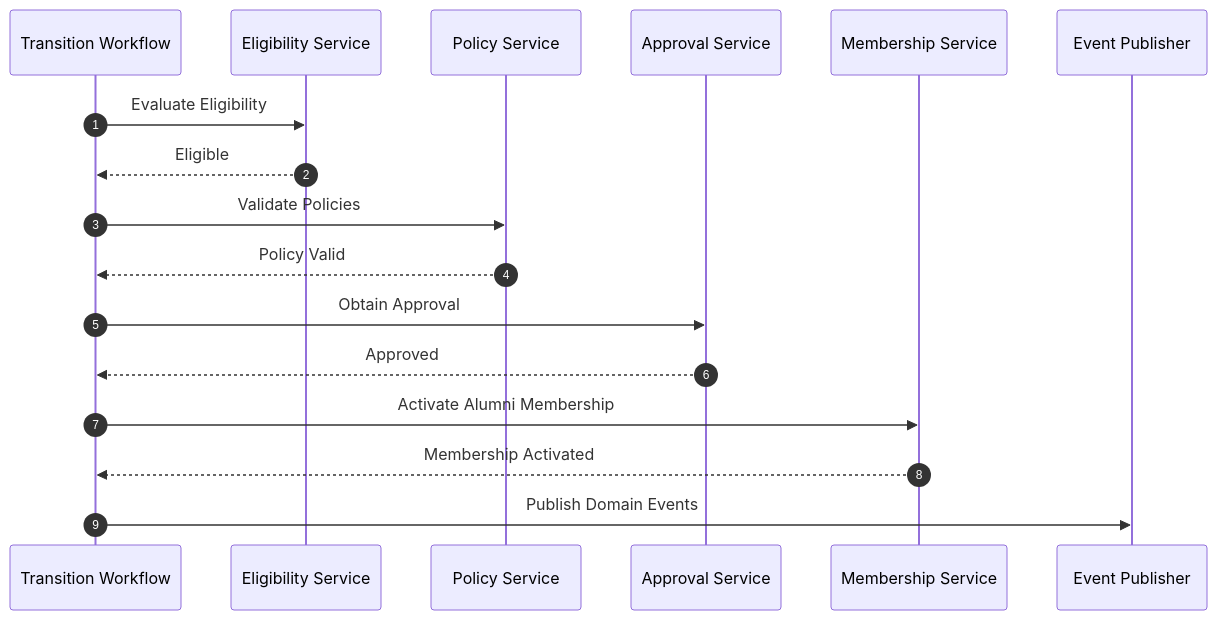
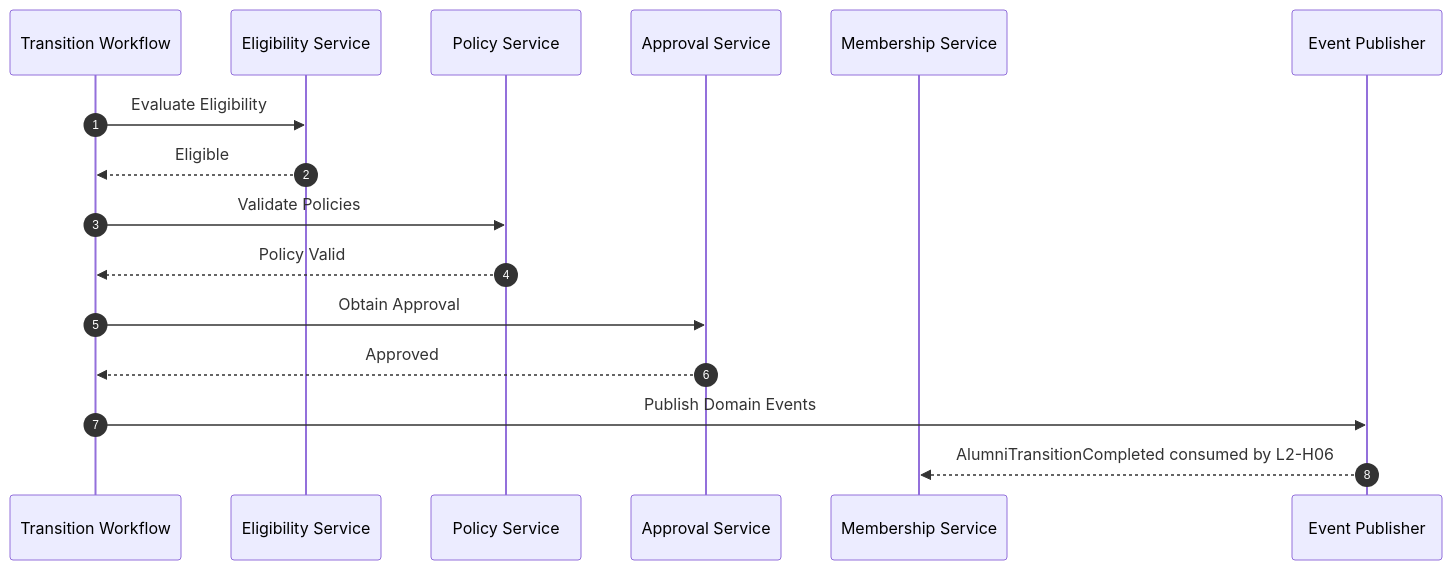
Before and after one commit to Varad1604/ERP_hark: diagram 15 of 20 in architecture/L2_Domain_Workflow_Architecture/section-c/L2-C08_Alumni_Transition_Workflows.md, drawn with Mermaid. The commit also changed other lines of this file and 10 other files, not shown here.

````diff
--- a/architecture/L2_Domain_Workflow_Architecture/section-c/L2-C08_Alumni_Transition_Workflows.md
+++ b/architecture/L2_Domain_Workflow_Architecture/section-c/L2-C08_Alumni_Transition_Workflows.md
@@ -5806,29 +5809,27 @@
 ```mermaid
 sequenceDiagram
     autonumber
 
     participant Workflow as Transition Workflow
     participant Eligibility as Eligibility Service
     participant Policy as Policy Service
     participant Approval as Approval Service
     participant Membership as Membership Service
     participant Event as Event Publisher
 
     Workflow->>Eligibility: Evaluate Eligibility
 
     Eligibility-->>Workflow: Eligible
 
     Workflow->>Policy: Validate Policies
 
     Policy-->>Workflow: Policy Valid
 
     Workflow->>Approval: Obtain Approval
 
     Approval-->>Workflow: Approved
 
-    Workflow->>Membership: Activate Alumni Membership
+    Workflow->>Event: Publish Domain Events
 
-    Membership-->>Workflow: Membership Activated
-
-    Workflow->>Event: Publish Domain Events
+    Event-->>Membership: AlumniTransitionCompleted consumed by L2-H06
 ```
````
